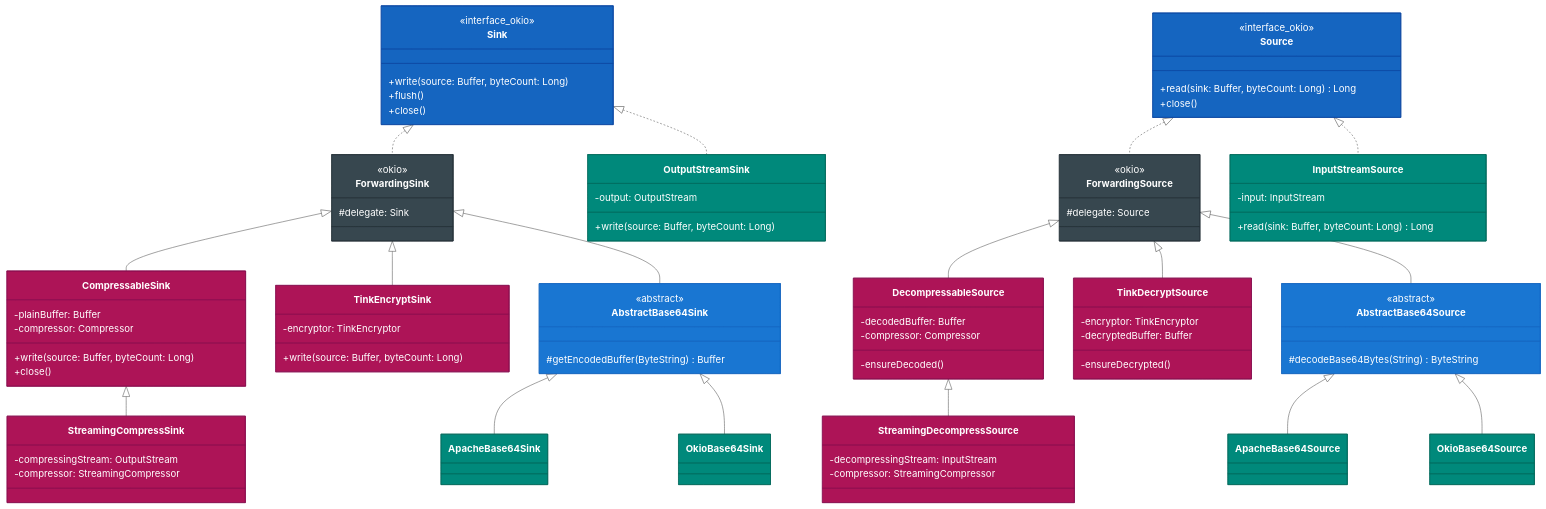
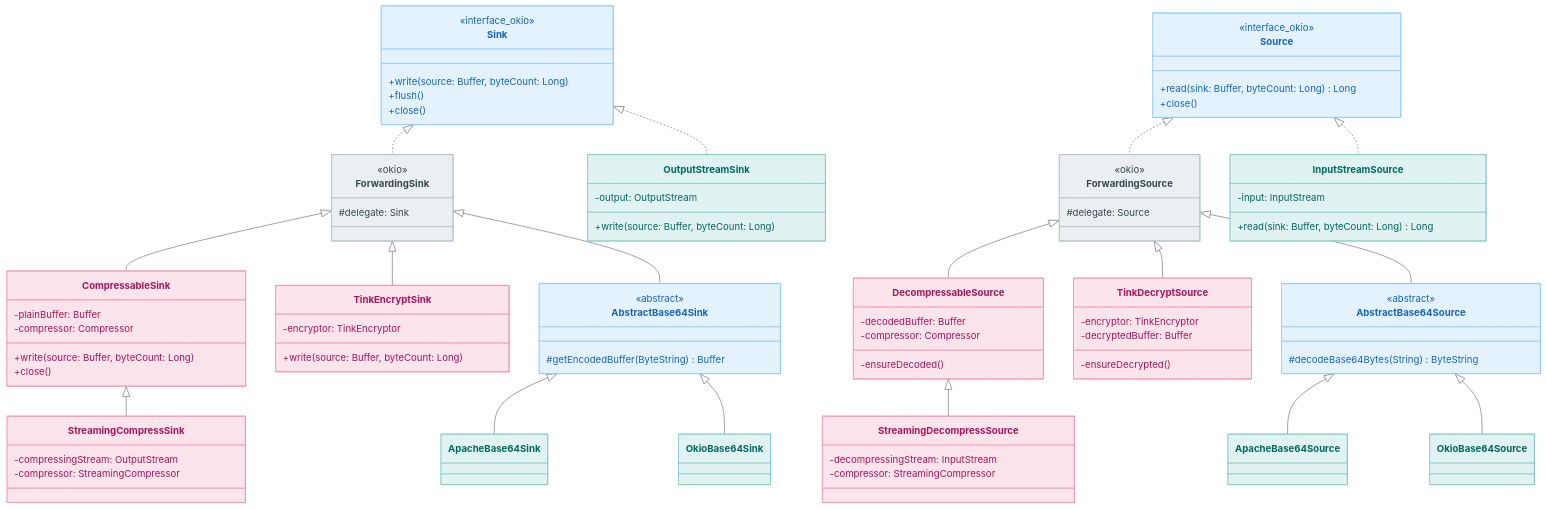
Before and after one commit to bluetape4k/bluetape4k-projects: the first of 9 diagrams in io/okio/README.ko.md, drawn with Mermaid (neutral theme). The commit also changed other lines of this file and 219 other files, not shown here.

First line of the commit message:
docs: 전체 README Mermaid 다이어그램 가이드 적용

````diff
--- a/io/okio/README.ko.md
+++ b/io/okio/README.ko.md
@@ -351,22 +351,22 @@
     AbstractBase64Source <|-- ApacheBase64Source
     AbstractBase64Source <|-- OkioBase64Source
 
-    style Sink fill:#1565C0,stroke:#0D47A1,color:#FFFFFF
-    style Source fill:#1565C0,stroke:#0D47A1,color:#FFFFFF
-    style ForwardingSink fill:#37474F,stroke:#263238,color:#FFFFFF
-    style ForwardingSource fill:#37474F,stroke:#263238,color:#FFFFFF
-    style InputStreamSource fill:#00897B,stroke:#00695C,color:#FFFFFF
-    style OutputStreamSink fill:#00897B,stroke:#00695C,color:#FFFFFF
-    style CompressableSink fill:#AD1457,stroke:#880E4F,color:#FFFFFF
-    style StreamingCompressSink fill:#AD1457,stroke:#880E4F,color:#FFFFFF
-    style DecompressableSource fill:#AD1457,stroke:#880E4F,color:#FFFFFF
-    style StreamingDecompressSource fill:#AD1457,stroke:#880E4F,color:#FFFFFF
-    style TinkEncryptSink fill:#AD1457,stroke:#880E4F,color:#FFFFFF
-    style TinkDecryptSource fill:#AD1457,stroke:#880E4F,color:#FFFFFF
-    style AbstractBase64Sink fill:#1976D2,stroke:#1565C0,color:#FFFFFF
-    style AbstractBase64Source fill:#1976D2,stroke:#1565C0,color:#FFFFFF
-    style ApacheBase64Sink fill:#00897B,stroke:#00695C,color:#FFFFFF
-    style ApacheBase64Source fill:#00897B,stroke:#00695C,color:#FFFFFF
-    style OkioBase64Sink fill:#00897B,stroke:#00695C,color:#FFFFFF
-    style OkioBase64Source fill:#00897B,stroke:#00695C,color:#FFFFFF
+    style Sink fill:#E3F2FD,stroke:#90CAF9,color:#1565C0
+    style Source fill:#E3F2FD,stroke:#90CAF9,color:#1565C0
+    style ForwardingSink fill:#ECEFF1,stroke:#B0BEC5,color:#37474F
+    style ForwardingSource fill:#ECEFF1,stroke:#B0BEC5,color:#37474F
+    style InputStreamSource fill:#E0F2F1,stroke:#80CBC4,color:#00695C
+    style OutputStreamSink fill:#E0F2F1,stroke:#80CBC4,color:#00695C
+    style CompressableSink fill:#FCE4EC,stroke:#F48FB1,color:#AD1457
+    style StreamingCompressSink fill:#FCE4EC,stroke:#F48FB1,color:#AD1457
+    style DecompressableSource fill:#FCE4EC,stroke:#F48FB1,color:#AD1457
+    style StreamingDecompressSource fill:#FCE4EC,stroke:#F48FB1,color:#AD1457
+    style TinkEncryptSink fill:#FCE4EC,stroke:#F48FB1,color:#AD1457
+    style TinkDecryptSource fill:#FCE4EC,stroke:#F48FB1,color:#AD1457
+    style AbstractBase64Sink fill:#E3F2FD,stroke:#90CAF9,color:#1565C0
+    style AbstractBase64Source fill:#E3F2FD,stroke:#90CAF9,color:#1565C0
+    style ApacheBase64Sink fill:#E0F2F1,stroke:#80CBC4,color:#00695C
+    style ApacheBase64Source fill:#E0F2F1,stroke:#80CBC4,color:#00695C
+    style OkioBase64Sink fill:#E0F2F1,stroke:#80CBC4,color:#00695C
+    style OkioBase64Source fill:#E0F2F1,stroke:#80CBC4,color:#00695C
 ```
````
